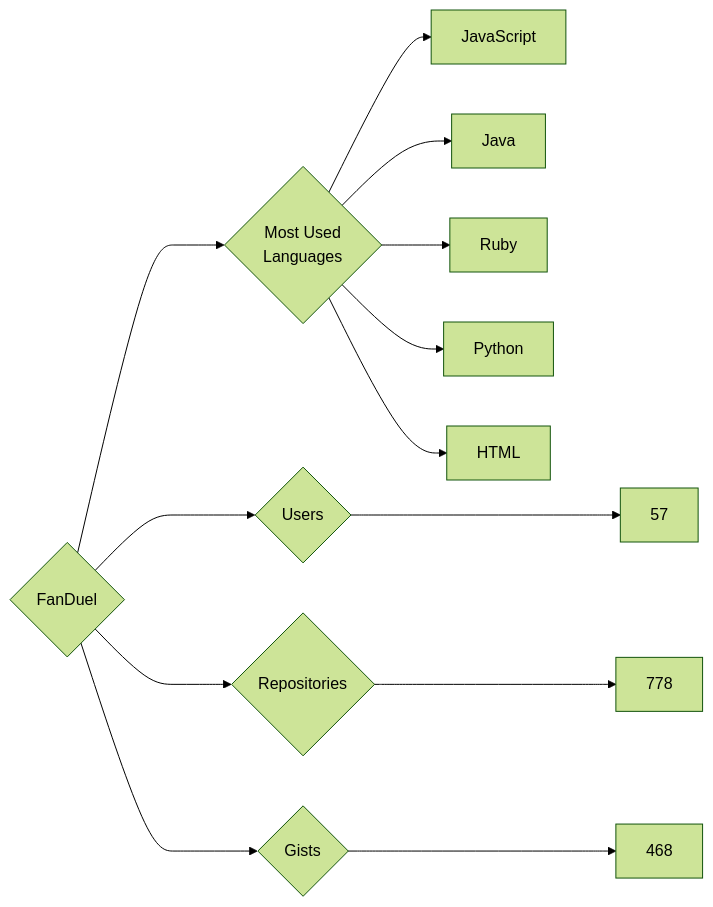
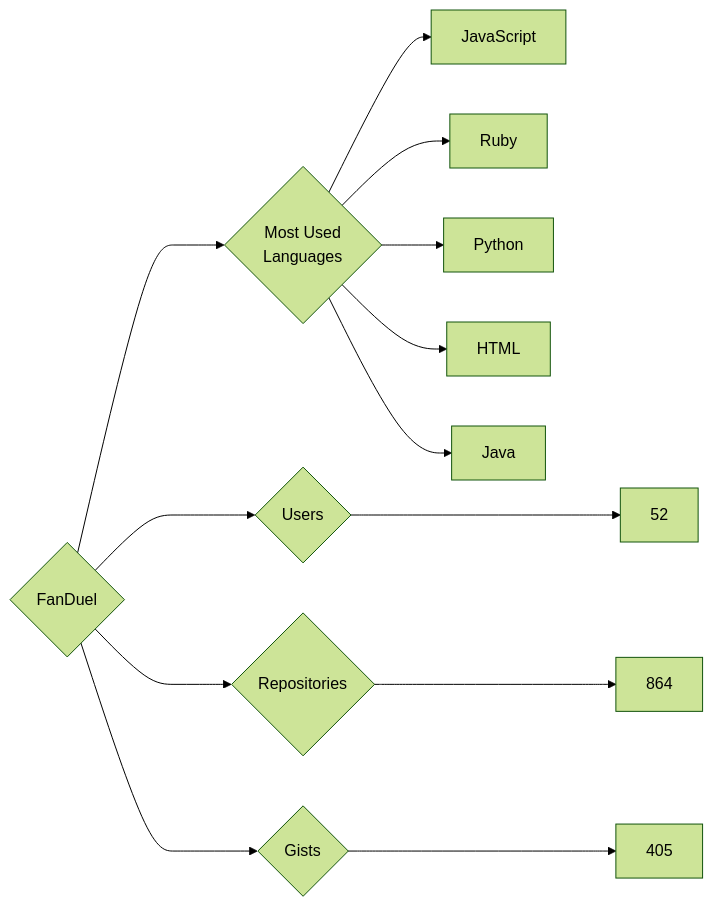
Before and after one commit to trickest/insiders: the diagram in targets/FanDuel/README.md, drawn with Mermaid (forest theme). The commit also changed 894 other files, not shown here.

````diff
--- a/targets/FanDuel/README.md
+++ b/targets/FanDuel/README.md
@@ -3,13 +3,13 @@
 ```mermaid
 graph LR
 COMPANY_NAME{FanDuel}
-COMPANY_NAME ---> U{Users} ---> UN[57]
-COMPANY_NAME ---> R{Repositories} ---> RN[778]
-COMPANY_NAME ---> G{Gists} ---> GN[468]
+COMPANY_NAME ---> U{Users} ---> UN[52]
+COMPANY_NAME ---> R{Repositories} ---> RN[864]
+COMPANY_NAME ---> G{Gists} ---> GN[405]
 COMPANY_NAME ---> ML{Most Used<br>Languages}
 ML --> JavaScript[JavaScript]
-ML --> Java[Java]
 ML --> Ruby[Ruby]
 ML --> Python[Python]
 ML --> HTML[HTML]
+ML --> Java[Java]
 ```
````
